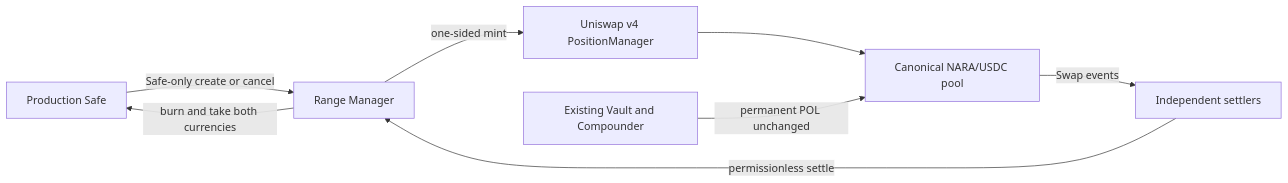
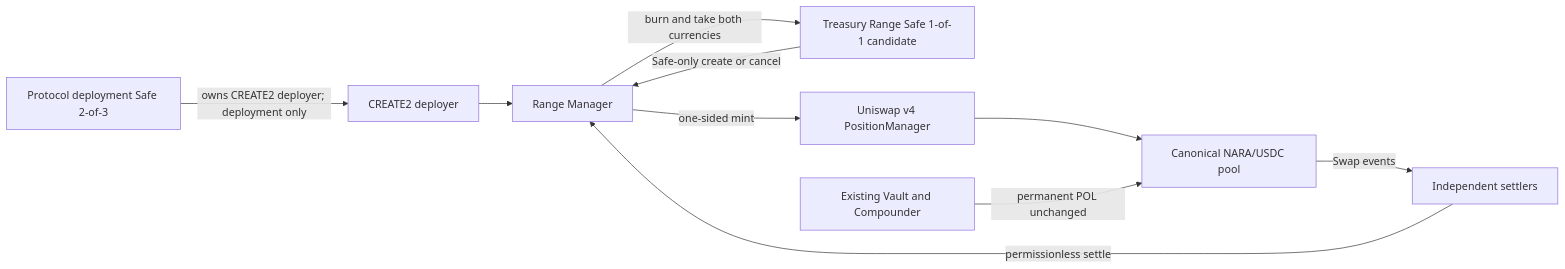
One commit to NARAProtocol/nara_protocol_v4 changed the diagram in docs/architecture/NARA_TREASURY_RANGE_MANAGER_V1.md. Above: the diagram before and after it, drawn with Mermaid. The commit also changed other lines of this file and 30 other files, not shown here.

Commit message:
fix(treasury): enforce dedicated Safe launch controls (#62)

````diff
--- a/docs/architecture/NARA_TREASURY_RANGE_MANAGER_V1.md
+++ b/docs/architecture/NARA_TREASURY_RANGE_MANAGER_V1.md
@@ -15,10 +16,12 @@
 ```mermaid
 flowchart LR
-    S[Production Safe] -->|Safe-only create or cancel| M[Range Manager]
+    D[Protocol deployment Safe 2-of-3] -->|owns CREATE2 deployer; deployment only| X[CREATE2 deployer]
+    X --> M[Range Manager]
+    S[Treasury Range Safe 1-of-1 candidate] -->|Safe-only create or cancel| M
     M -->|one-sided mint| P[Uniswap v4 PositionManager]
     P --> C[Canonical NARA/USDC pool]
     C -->|Swap events| W[Independent settlers]
     W -->|permissionless settle| M
     M -->|burn and take both currencies| S
     V[Existing Vault and Compounder] -->|permanent POL unchanged| C
 ```
````
